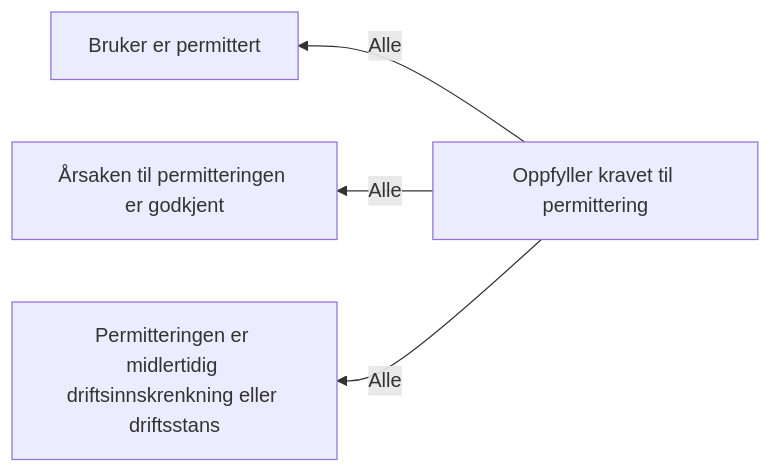
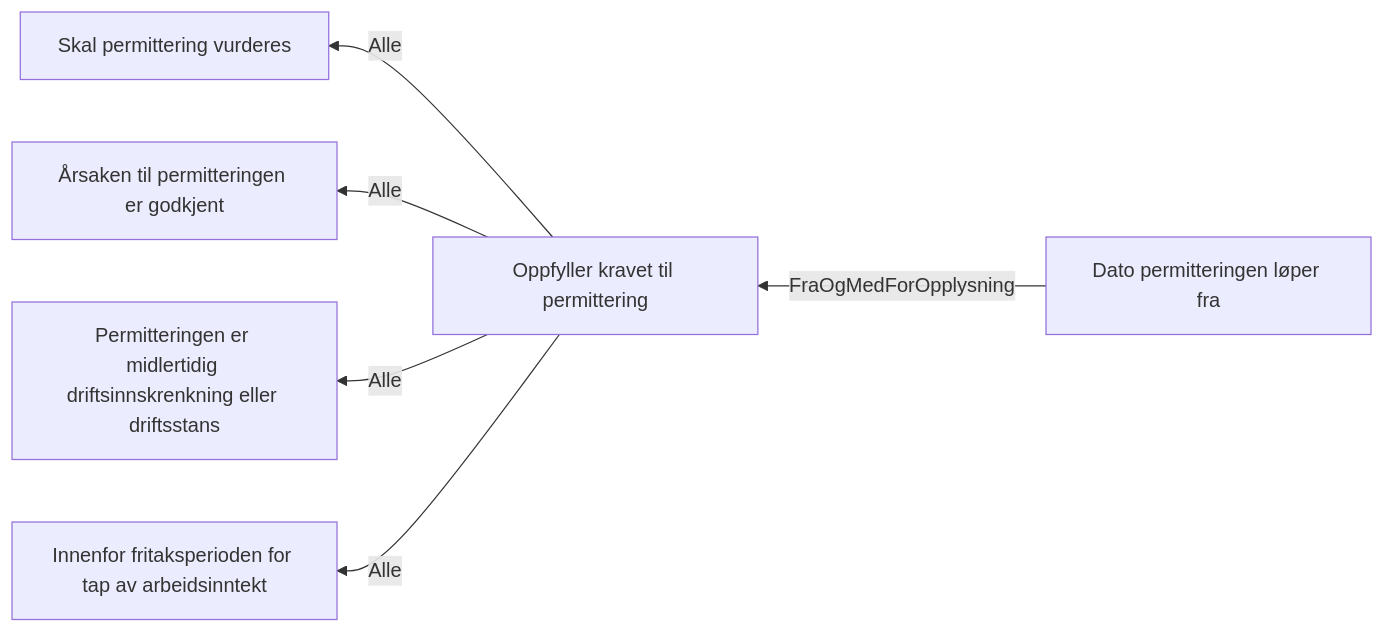
One commit to navikt/dp-behandling changed the diagram in docs/regler/§ 4-7 Permittering.approved.md. Above: the diagram before and after it, drawn with Mermaid. The commit also changed 44 other files, not shown here.

````diff
--- a/docs/regler/§ 4-7 Permittering.approved.md
+++ b/docs/regler/§ 4-7 Permittering.approved.md
@@ -5,6 +5,8 @@
 ```mermaid
 graph RL
-  A["Oppfyller kravet til permittering"] -->|"Alle"| B["Bruker er permittert"]
+  A["Oppfyller kravet til permittering"] -->|"Alle"| B["Skal permittering vurderes"]
   A["Oppfyller kravet til permittering"] -->|"Alle"| C["Årsaken til permitteringen er godkjent"]
   A["Oppfyller kravet til permittering"] -->|"Alle"| D["Permitteringen er midlertidig driftsinnskrenkning eller driftsstans"]
+  A["Oppfyller kravet til permittering"] -->|"Alle"| E["Innenfor fritaksperioden for tap av arbeidsinntekt"]
+  F["Dato permitteringen løper fra"] -->|"FraOgMedForOpplysning"| A["Oppfyller kravet til permittering"]
 ```
````
